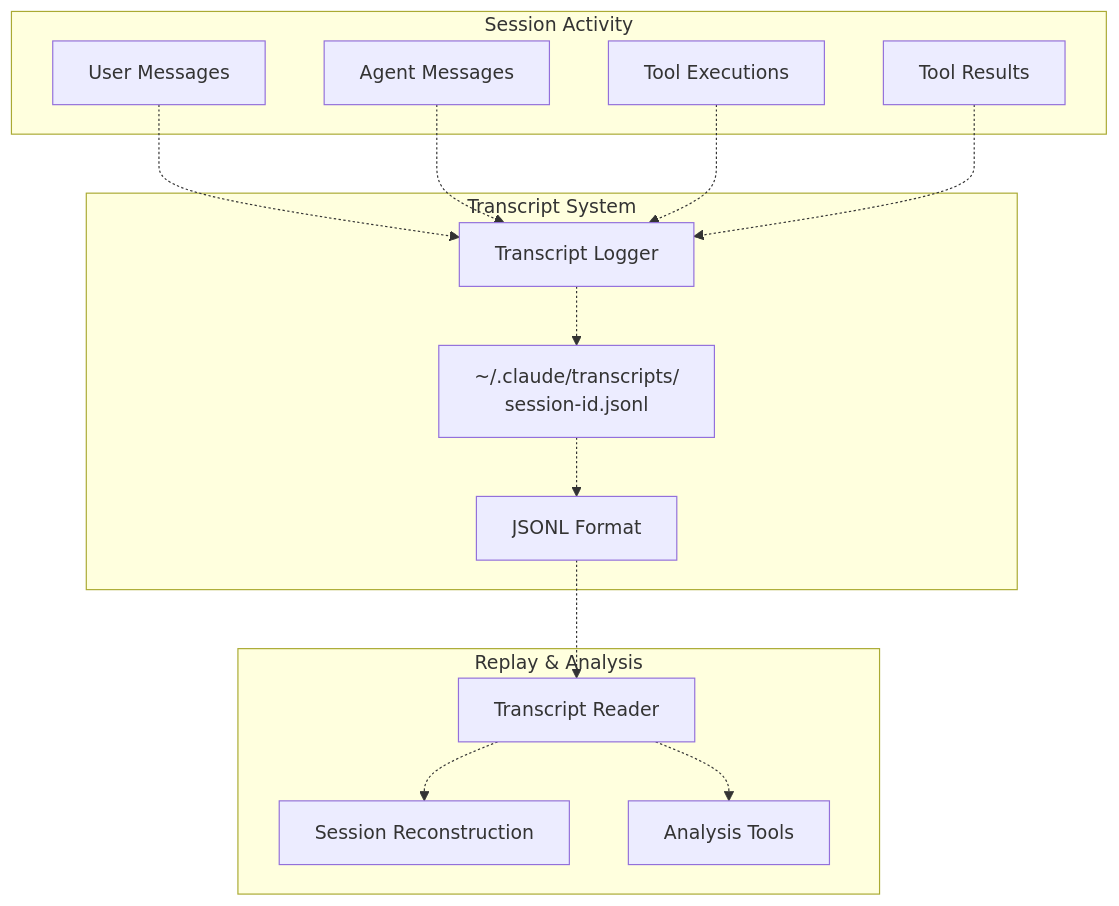
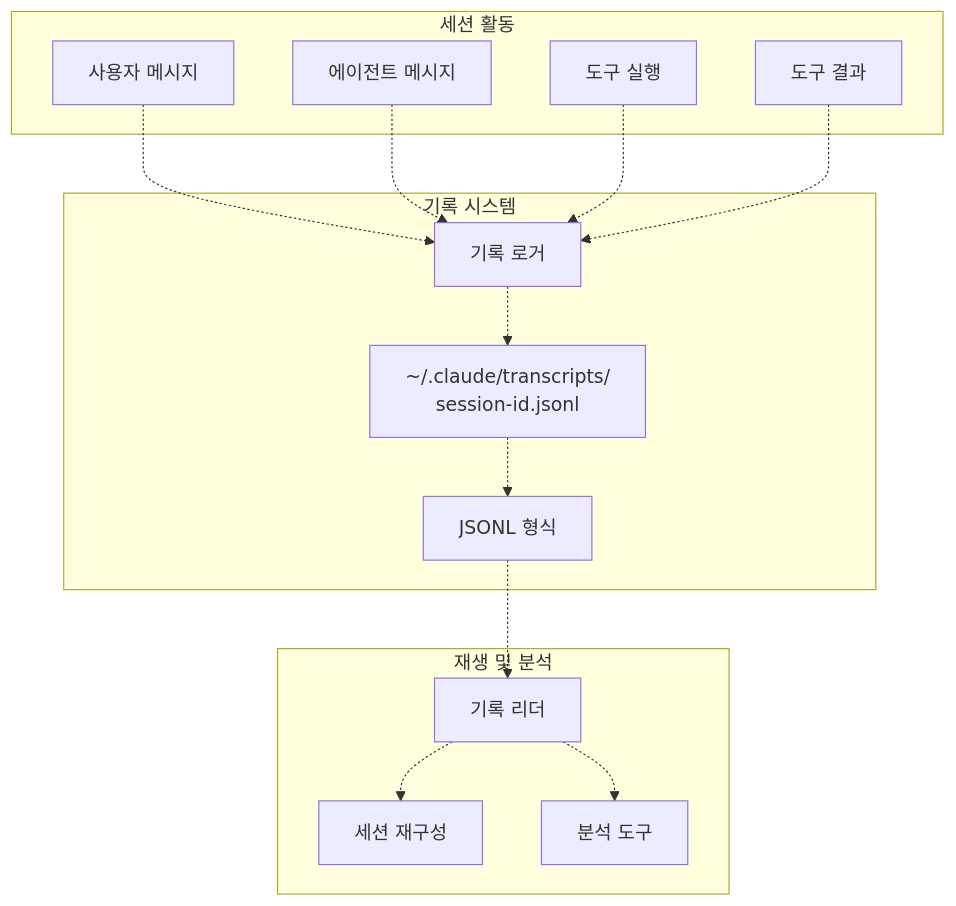
The tenth of 11 diagrams in docs/compatibility/claude-code-compatibility.md (felipetruman/oh-my-opencode-docs), drawn with Mermaid before and after one commit. The commit also changed other lines of this file and 76 other files, not shown here.

````diff
--- a/docs/compatibility/claude-code-compatibility.md
+++ b/docs/compatibility/claude-code-compatibility.md
@@ -674,43 +674,43 @@
 ```mermaid
 flowchart TD
 
-UserMessage["User Messages"]
-AgentMessage["Agent Messages"]
-ToolExecution["Tool Executions"]
-ToolResults["Tool Results"]
-TranscriptLogger["Transcript Logger"]
+UserMessage["사용자 메시지"]
+AgentMessage["에이전트 메시지"]
+ToolExecution["도구 실행"]
+ToolResults["도구 결과"]
+TranscriptLogger["기록 로거"]
 TranscriptFile["~/.claude/transcripts/<br>session-id.jsonl"]
-JSONLFormat["JSONL Format"]
-TranscriptReader["Transcript Reader"]
-SessionReconstruction["Session Reconstruction"]
-AnalysisTools["Analysis Tools"]
+JSONLFormat["JSONL 형식"]
+TranscriptReader["기록 리더"]
+SessionReconstruction["세션 재구성"]
+AnalysisTools["분석 도구"]
 
 UserMessage -.-> TranscriptLogger
 AgentMessage -.-> TranscriptLogger
 ToolExecution -.-> TranscriptLogger
 ToolResults -.-> TranscriptLogger
 JSONLFormat -.-> TranscriptReader
 
-subgraph subGraph2 ["Replay & Analysis"]
+subgraph subGraph2 ["재생 및 분석"]
     TranscriptReader
     SessionReconstruction
     AnalysisTools
     TranscriptReader -.-> SessionReconstruction
     TranscriptReader -.-> AnalysisTools
 end
 
-subgraph subGraph1 ["Transcript System"]
+subgraph subGraph1 ["기록 시스템"]
     TranscriptLogger
     TranscriptFile
     JSONLFormat
     TranscriptLogger -.-> TranscriptFile
     TranscriptFile -.-> JSONLFormat
 end
 
-subgraph subGraph0 ["Session Activity"]
+subgraph subGraph0 ["세션 활동"]
     UserMessage
     AgentMessage
     ToolExecution
     ToolResults
 end
 ```
````
